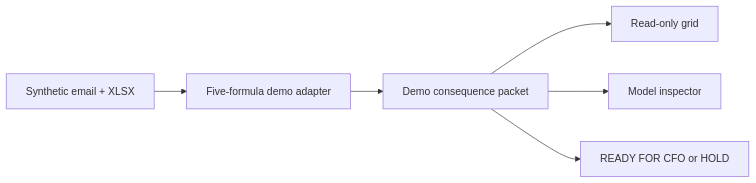
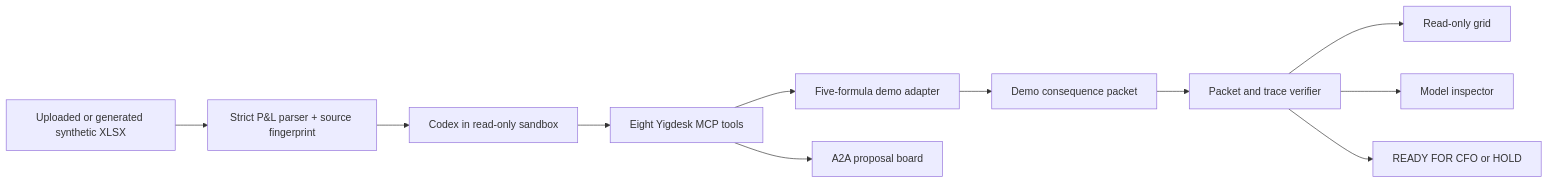
Before and after one commit to Henghenggao/yigdesk: the diagram in docs/ARCHITECTURE.md, drawn with Mermaid. The commit also changed other lines of this file and 52 other files, not shown here.

First line of the commit message:
Harden real XLSX and Codex A2A decision demo (#2)

```diff
--- a/docs/ARCHITECTURE.md
+++ b/docs/ARCHITECTURE.md
@@ -31,8 +55,13 @@
 ~~~mermaid
 flowchart LR
-    E["Synthetic email + XLSX"] --> A["Five-formula demo adapter"]
+    E["Uploaded or generated synthetic XLSX"] --> X["Strict P&L parser + source fingerprint"]
+    X --> C["Codex in read-only sandbox"]
+    C --> M["Eight Yigdesk MCP tools"]
+    M --> A["Five-formula demo adapter"]
     A --> P["Demo consequence packet"]
-    P --> G["Read-only grid"]
-    P --> I["Model inspector"]
-    P --> H["READY FOR CFO or HOLD"]
+    P --> V["Packet and trace verifier"]
+    V --> G["Read-only grid"]
+    V --> I["Model inspector"]
+    V --> H["READY FOR CFO or HOLD"]
+    M --> B["A2A proposal board"]
 ~~~
```
